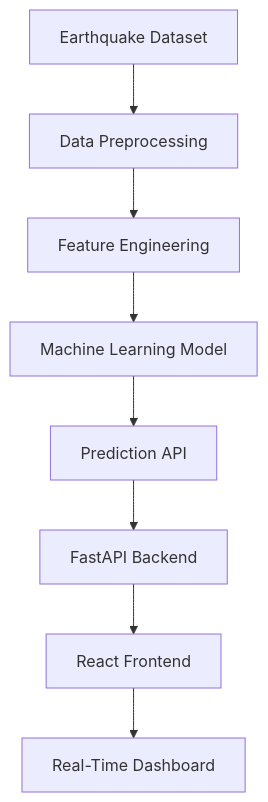
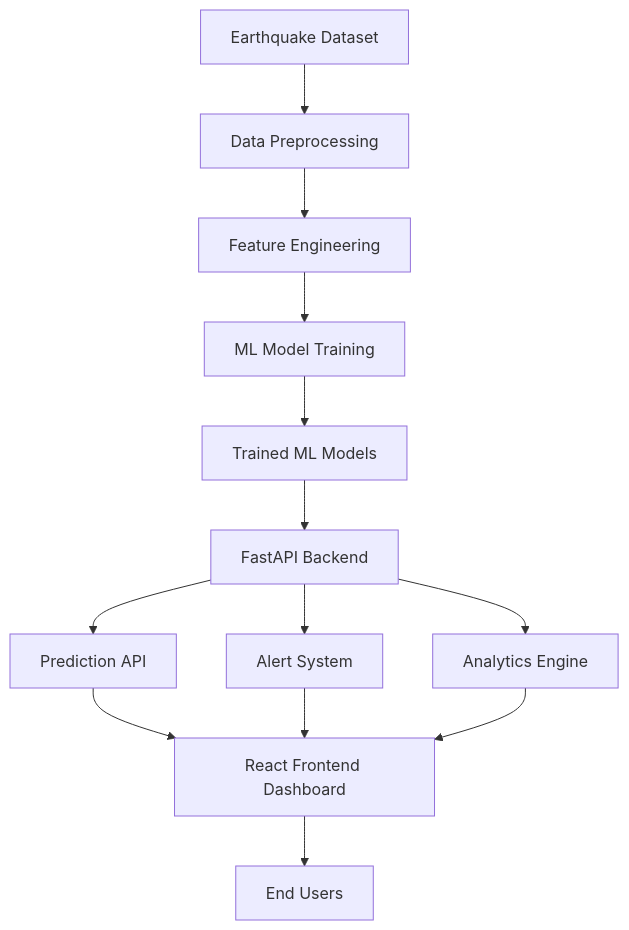
Before and after one commit to mohan-11/Earthquake-Severity-Forecasting-Using-ML: the diagram in README.md, drawn with Mermaid.

Commit message:
Revise system architecture in README
Updated system architecture diagram and removed old workflow section.

````diff
--- a/README.md
+++ b/README.md
@@ -68,10 +67,19 @@
 ```mermaid
 graph TD
     A[Earthquake Dataset] --> B[Data Preprocessing]
     B --> C[Feature Engineering]
-    C --> D[Machine Learning Model]
-    D --> E[Prediction API]
+    C --> D[ML Model Training]
+    D --> E[Trained ML Models]
+
     E --> F[FastAPI Backend]
-    F --> G[React Frontend]
-    G --> H[Real-Time Dashboard]
+
+    F --> G[Prediction API]
+    F --> H[Alert System]
+    F --> I[Analytics Engine]
+
+    G --> J[React Frontend Dashboard]
+    H --> J
+    I --> J
+
+    J --> K[End Users]
 ```
````
